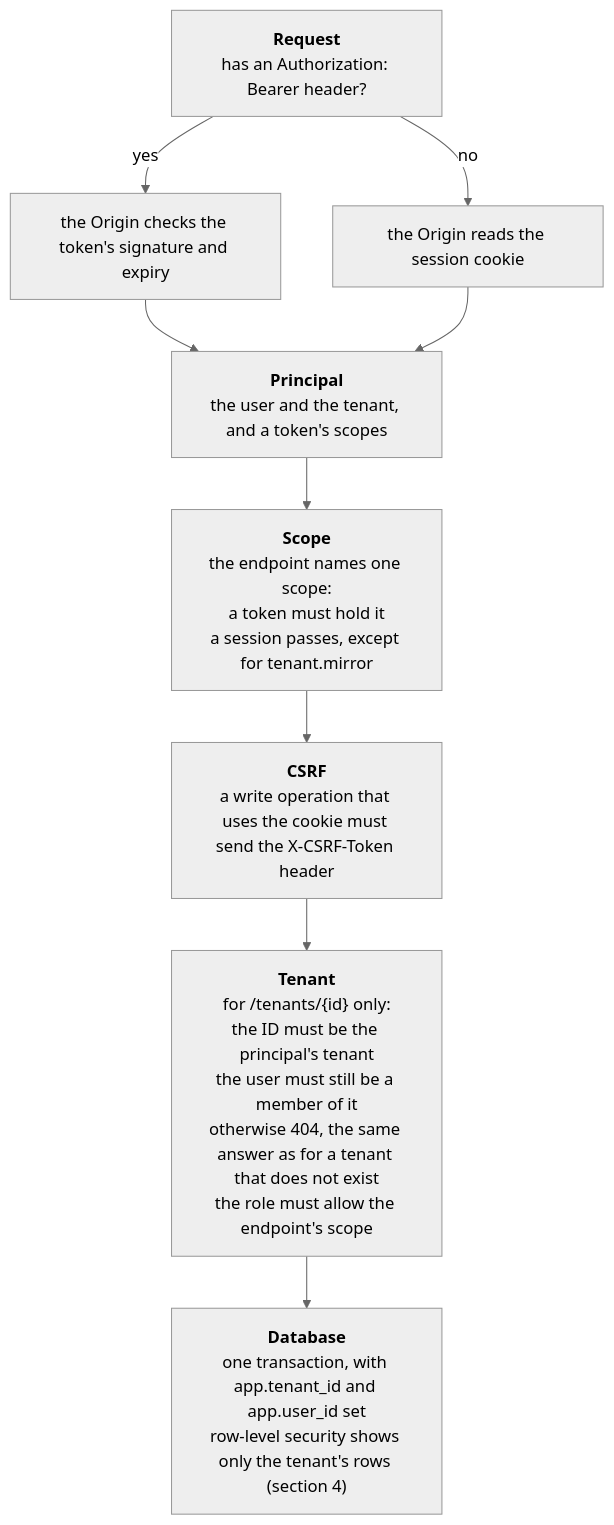
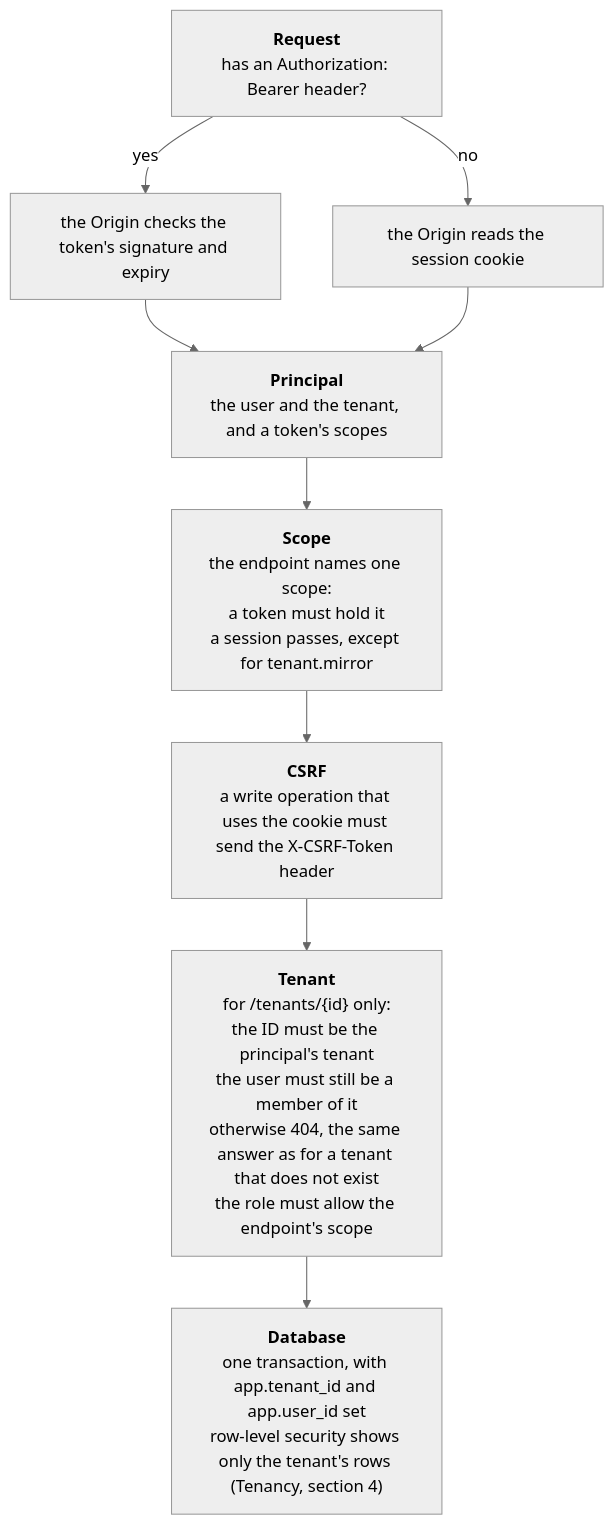
The fifth of 5 diagrams in docs/architecture/security/authentication.md (vpalos/BigFatFile), drawn with Mermaid (neutral theme) before and after one commit. The commit also changed other lines of this file and 23 other files, not shown here.

````diff
--- a/docs/architecture/security/authentication.md
+++ b/docs/architecture/security/authentication.md
@@ -301,30 +342,30 @@
 ```mermaid
 flowchart TB
     Request["`**Request**
     has an Authorization: Bearer header?`"]
     Token["the Origin checks the token's signature and expiry"]
     Cookie["the Origin reads the session cookie"]
     Principal["`**Principal**
     the user and the tenant, and a token's scopes`"]
     Scope["`**Scope**
     the endpoint names one scope:
     a token must hold it
     a session passes, except for tenant.mirror`"]
     CSRF["`**CSRF**
     a write operation that uses the cookie must send the X-CSRF-Token header`"]
     Tenant["`**Tenant**
     for /tenants/{id} only:
     the ID must be the principal's tenant
     the user must still be a member of it
     otherwise 404, the same answer as for a tenant that does not exist
     the role must allow the endpoint's scope`"]
     Database["`**Database**
     one transaction, with app.tenant_id and app.user_id set
-    row-level security shows only the tenant's rows (section 4)`"]
+    row-level security shows only the tenant's rows (Tenancy, section 4)`"]
 
     Request -->|yes| Token
     Request -->|no| Cookie
     Token --> Principal
     Cookie --> Principal
     Principal --> Scope --> CSRF --> Tenant --> Database
 ```
````
